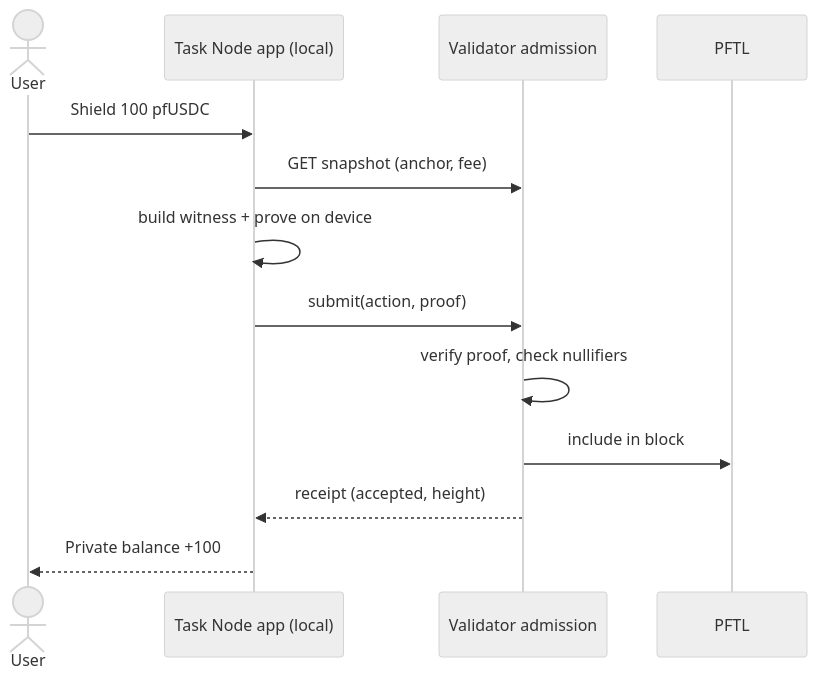
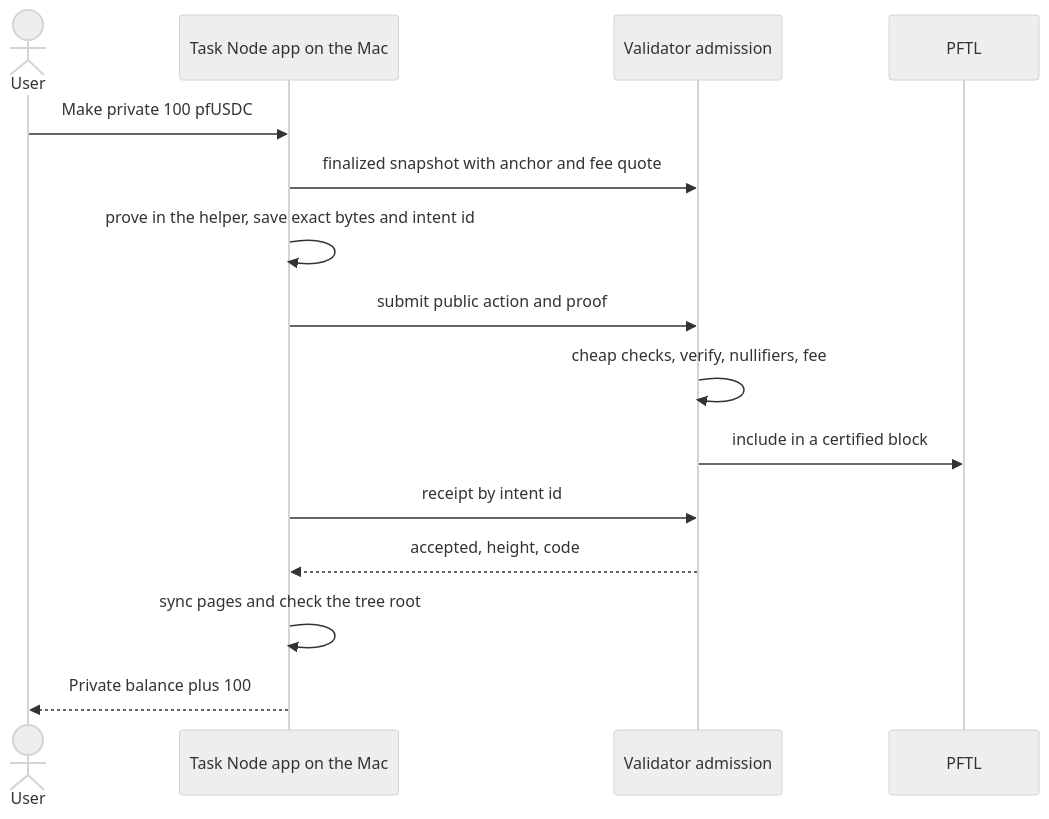
The second of 2 diagrams in big_milestone/pillars/05-local-task-node.md (postfiatorg/postfiatl1v2), drawn with Mermaid (neutral theme) before and after one commit. The commit also changed other lines of this file and 44 other files, not shown here.

````diff
--- a/big_milestone/pillars/05-local-task-node.md
+++ b/big_milestone/pillars/05-local-task-node.md
@@ -55,15 +65,17 @@
 ```mermaid
 sequenceDiagram
     actor U as User
-    participant App as Task Node app (local)
+    participant App as Task Node app on the Mac
     participant V as Validator admission
     participant C as PFTL
-    U->>App: Shield 100 pfUSDC
-    App->>V: GET snapshot (anchor, fee)
-    App->>App: build witness + prove on device
-    App->>V: submit(action, proof)
-    V->>V: verify proof, check nullifiers
-    V->>C: include in block
-    V-->>App: receipt (accepted, height)
-    App-->>U: Private balance +100
+    U->>App: Make private 100 pfUSDC
+    App->>V: finalized snapshot with anchor and fee quote
+    App->>App: prove in the helper, save exact bytes and intent id
+    App->>V: submit public action and proof
+    V->>V: cheap checks, verify, nullifiers, fee
+    V->>C: include in a certified block
+    App->>V: receipt by intent id
+    V-->>App: accepted, height, code
+    App->>App: sync pages and check the tree root
+    App-->>U: Private balance plus 100
 ```
````
